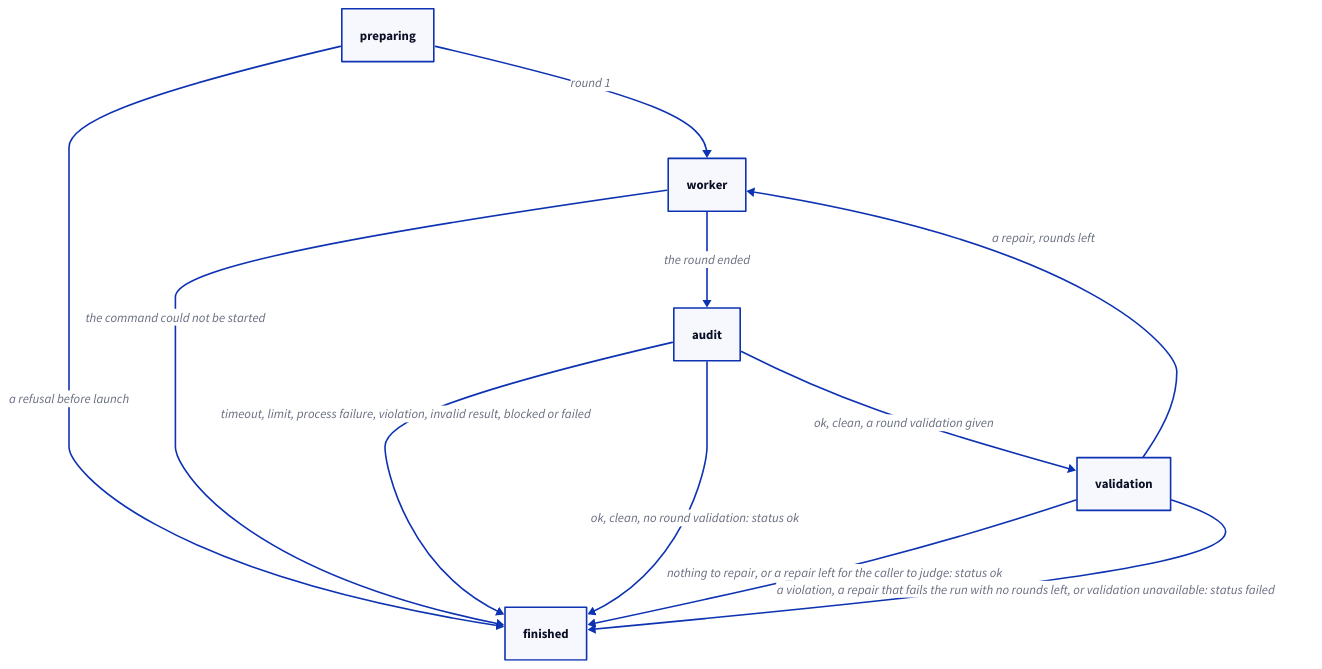
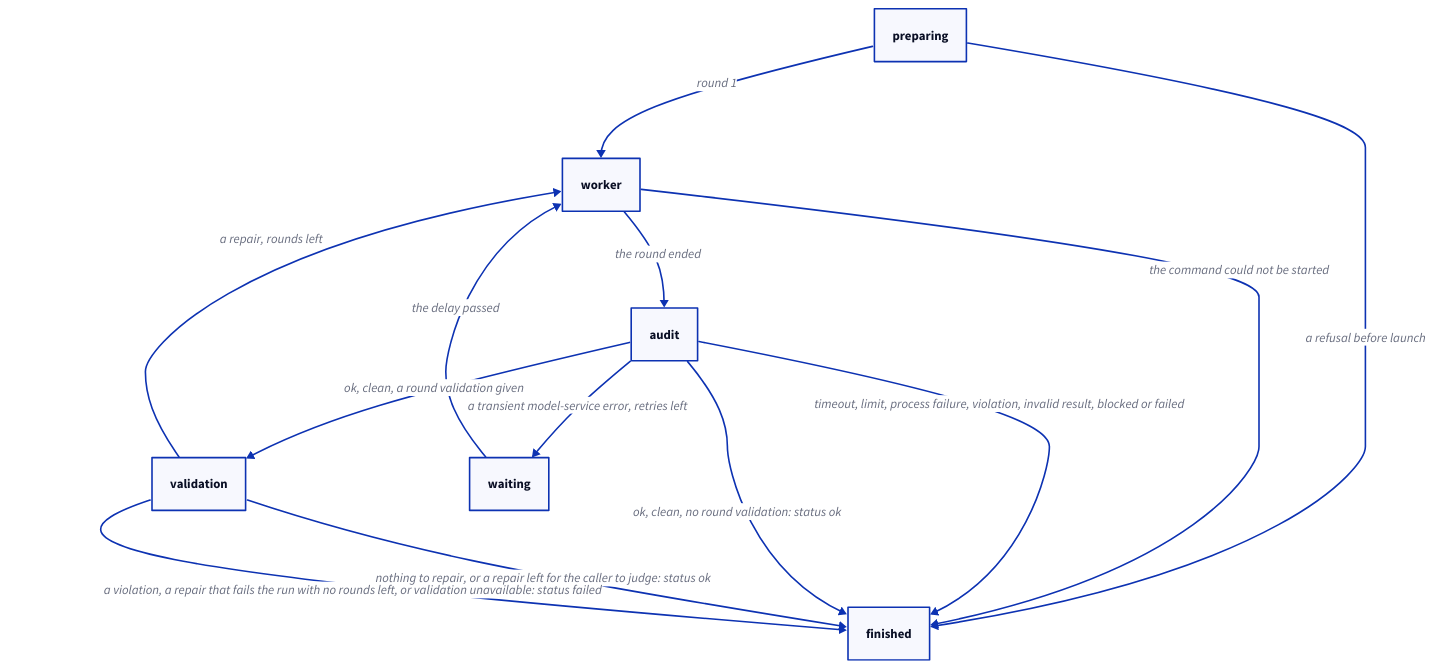
The diagram in specs/concorde/worker-harness/workers/launch.md (FTOD/concorde), drawn with D2 before and after one commit. The commit also changed other lines of this file and 17 other files, not shown here.

First line of the commit message:
Workers retries rounds that transient model-service errors ended; project_review defaults to --parallel 2

````diff
--- a/specs/concorde/worker-harness/workers/launch.md
+++ b/specs/concorde/worker-harness/workers/launch.md
@@ -237,17 +238,20 @@
 ```d2 illustrative
 preparing
 worker
 audit
 validation
+waiting
 finished
 preparing -> worker: round 1
 preparing -> finished: a refusal before launch
 worker -> finished: the command could not be started
 worker -> audit: the round ended
+audit -> waiting: a transient model-service error, retries left
+waiting -> worker: the delay passed
 audit -> finished: timeout, limit, process failure, violation, invalid result, blocked or failed
 audit -> validation: ok, clean, a round validation given
 audit -> finished: "ok, clean, no round validation: status ok"
 validation -> worker: a repair, rounds left
 validation -> finished: "nothing to repair, or a repair left for the caller to judge: status ok"
 validation -> finished: "a violation, a repair that fails the run with no rounds left, or validation unavailable: status failed"
 ```
````
